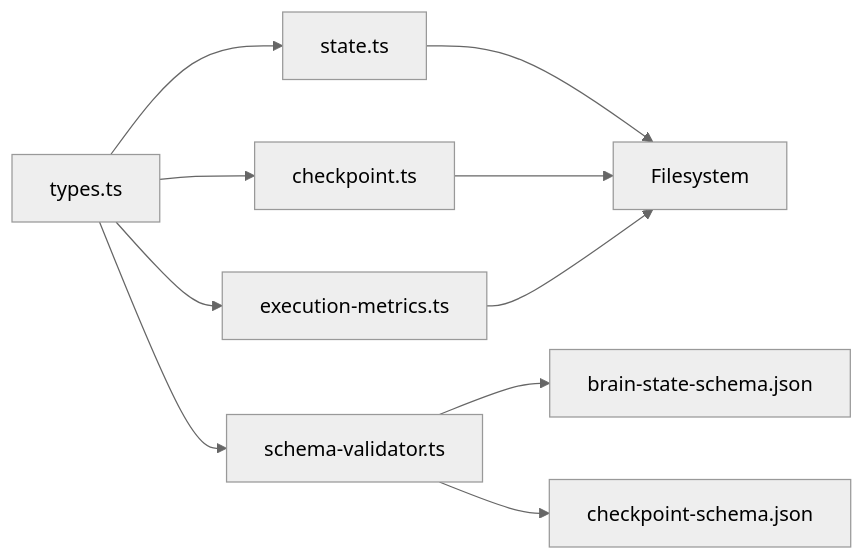
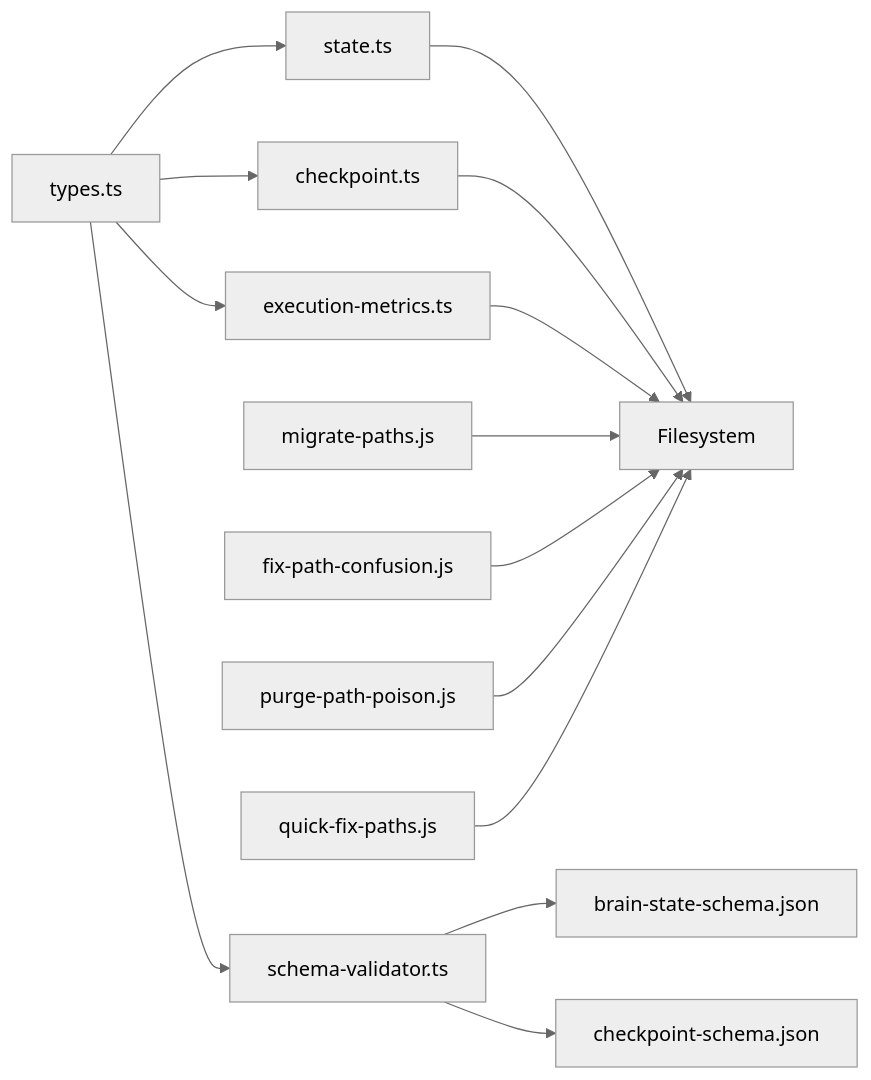
The ninth of 9 diagrams in .qoder/repowiki/en/content/API Reference/Data Models.md (shynlee04/idumb-plugin), drawn with Mermaid (neutral theme) before and after one commit. The commit also changed other lines of this file and 19 other files, not shown here.

````diff
--- a/.qoder/repowiki/en/content/API Reference/Data Models.md
+++ b/.qoder/repowiki/en/content/API Reference/Data Models.md
@@ -361,12 +463,16 @@
 ```mermaid
 graph LR
 Types["types.ts"] --> State["state.ts"]
 Types --> Checkpoint["checkpoint.ts"]
 Types --> Metrics["execution-metrics.ts"]
 Types --> Validator["schema-validator.ts"]
 State --> FS["Filesystem"]
 Checkpoint --> FS
 Metrics --> FS
 Validator --> BS["brain-state-schema.json"]
 Validator --> CP["checkpoint-schema.json"]
+Migrate["migrate-paths.js"] --> FS
+Fixer["fix-path-confusion.js"] --> FS
+Purger["purge-path-poison.js"] --> FS
+QuickFix["quick-fix-paths.js"] --> FS
 ```
````
